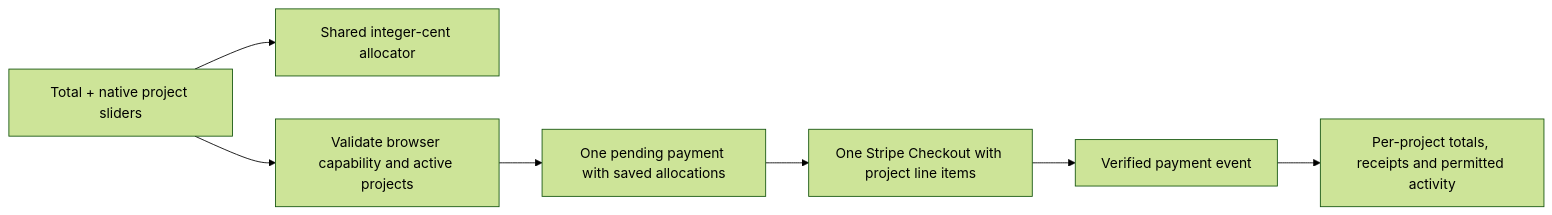
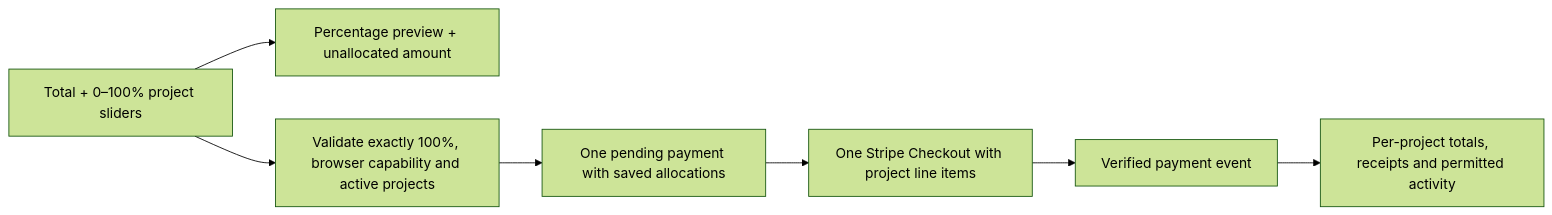
The diagram in docs/split-support.md (crs48/feedme), drawn with Mermaid (forest theme) before and after one commit. The commit also changed other lines of this file and 9 other files, not shown here.

First line of the commit message:
feat: allocate tips with linked percentage sliders

````diff
--- a/docs/split-support.md
+++ b/docs/split-support.md
@@ -5,9 +5,9 @@
 ```mermaid
 flowchart LR
-  Form[Total + native project sliders] --> Preview[Shared integer-cent allocator]
-  Form --> Server[Validate browser capability and active projects]
+  Form[Total + 0–100% project sliders] --> Preview[Percentage preview + unallocated amount]
+  Form --> Server[Validate exactly 100%, browser capability and active projects]
   Server --> Intent[One pending payment with saved allocations]
   Intent --> Checkout[One Stripe Checkout with project line items]
   Checkout --> Webhook[Verified payment event]
   Webhook --> Parts[Per-project totals, receipts and permitted activity]
 ```
````
